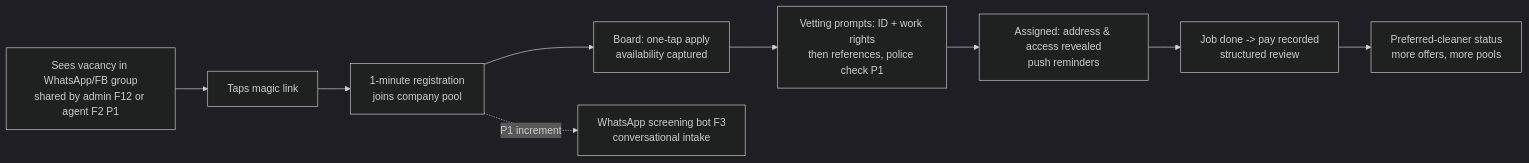
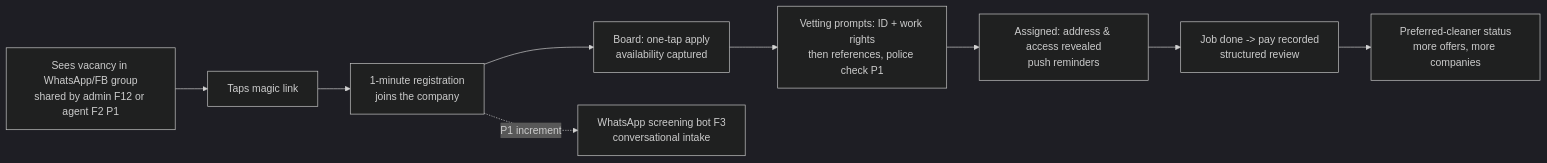
Before and after one commit to lspinheiro/clean_app_crm: the second of 2 diagrams in docs/PRODUCT.md, drawn with Mermaid (dark theme). The commit also changed other lines of this file and 72 other files, not shown here.

````diff
--- a/docs/PRODUCT.md
+++ b/docs/PRODUCT.md
@@ -939,11 +941,11 @@
 ```mermaid
 flowchart LR
     A[Sees vacancy in WhatsApp/FB group\nshared by admin F12 or agent F2 P1] --> B[Taps magic link]
-    B --> C[1-minute registration\njoins company pool]
+    B --> C[1-minute registration\njoins the company]
     C --> D[Board: one-tap apply\navailability captured]
     D --> E[Vetting prompts: ID + work rights\nthen references, police check P1]
     E --> F[Assigned: address & access revealed\npush reminders]
     F --> G[Job done -> pay recorded\nstructured review]
-    G --> H[Preferred-cleaner status\nmore offers, more pools]
+    G --> H[Preferred-cleaner status\nmore offers, more companies]
     C -. P1 increment .-> X[WhatsApp screening bot F3\nconversational intake]
 ```
````
